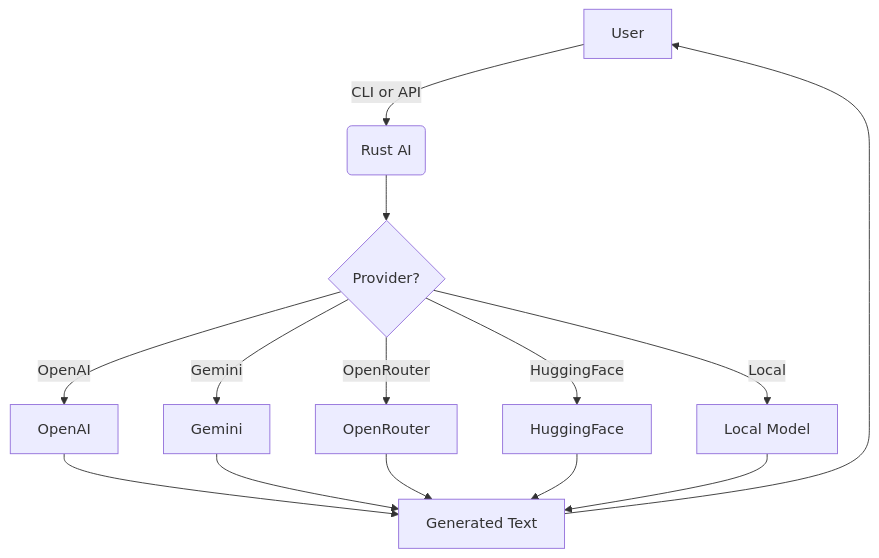
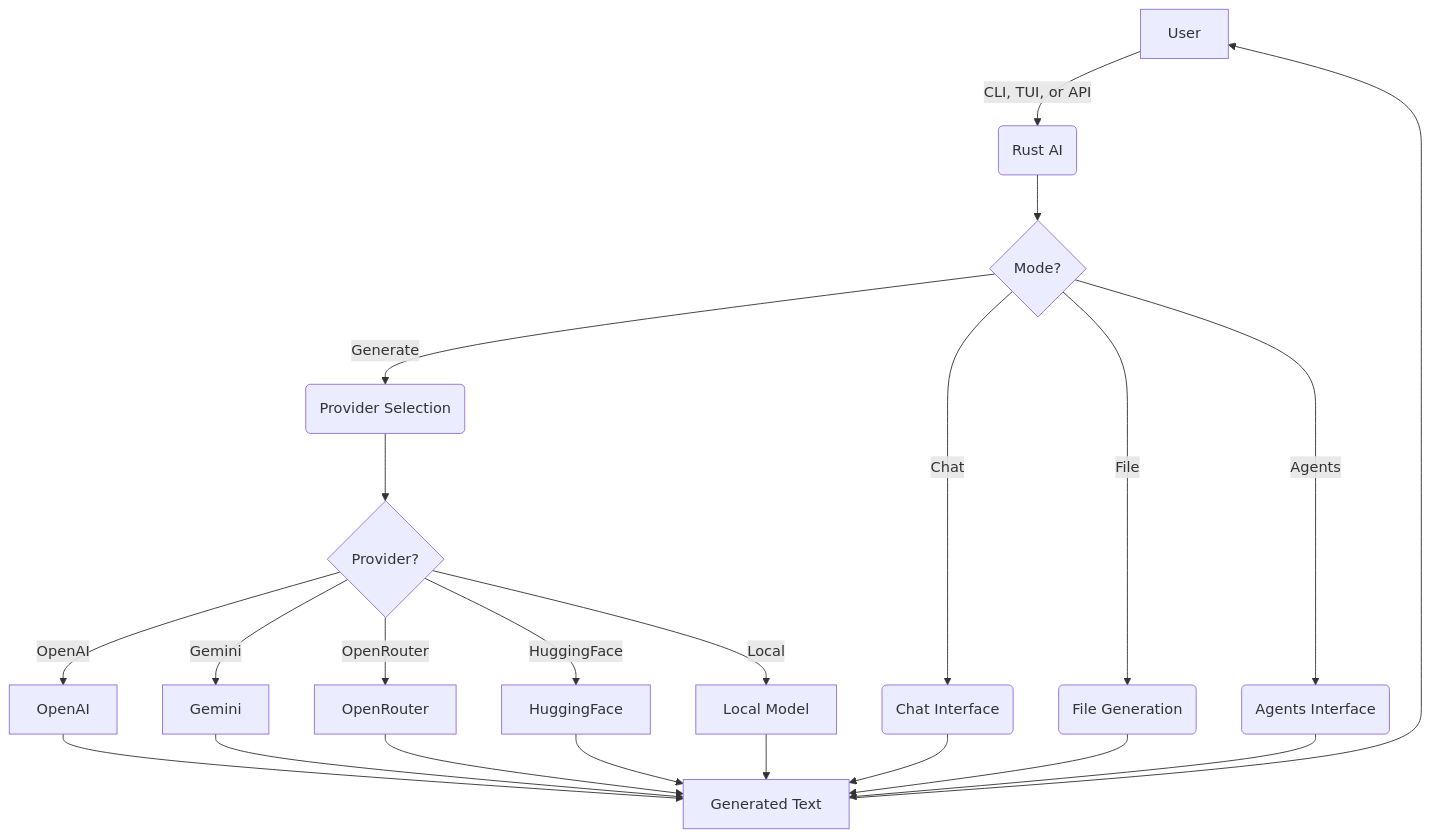
One commit to Ammar-Alnagar/RustaceanAI changed the first of 3 diagrams in rust_ai/README.md. Above: the diagram before and after it, drawn with Mermaid. The commit also changed other lines of this file and 10 other files, not shown here.

Commit message:
feat: Add TUI, chat, file generation, and agents mode

````diff
--- a/rust_ai/README.md
+++ b/rust_ai/README.md
@@ -46,16 +49,24 @@
 ```mermaid
 graph TD
-    A[User] -->|CLI or API| B(Rust AI)
-    B --> C{Provider?}
-    C -->|OpenAI| D[OpenAI]
-    C -->|Gemini| E[Gemini]
-    C -->|OpenRouter| F[OpenRouter]
-    C -->|HuggingFace| G[HuggingFace]
-    C -->|Local| H[Local Model]
-    D --> I[Generated Text]
-    E --> I
-    F --> I
-    G --> I
-    H --> I
-    I --> A
+    A[User] -->|CLI, TUI, or API| B(Rust AI)
+    B --> C{Mode?}
+    C -->|Generate| D(Provider Selection)
+    C -->|Chat| E(Chat Interface)
+    C -->|File| F(File Generation)
+    C -->|Agents| G(Agents Interface)
+    D --> H{Provider?}
+    H -->|OpenAI| I[OpenAI]
+    H -->|Gemini| J[Gemini]
+    H -->|OpenRouter| K[OpenRouter]
+    H -->|HuggingFace| L[HuggingFace]
+    H -->|Local| M[Local Model]
+    I --> N[Generated Text]
+    J --> N
+    K --> N
+    L --> N
+    M --> N
+    E --> N
+    F --> N
+    G --> N
+    N --> A
 ```
````
